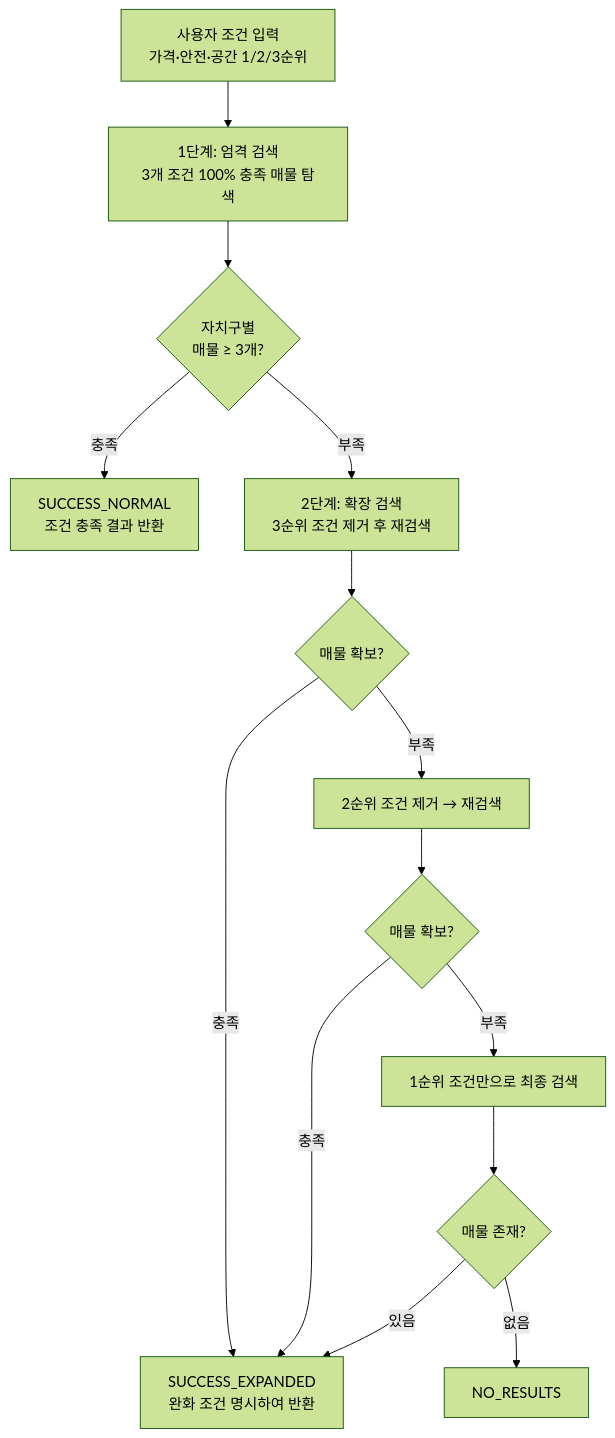
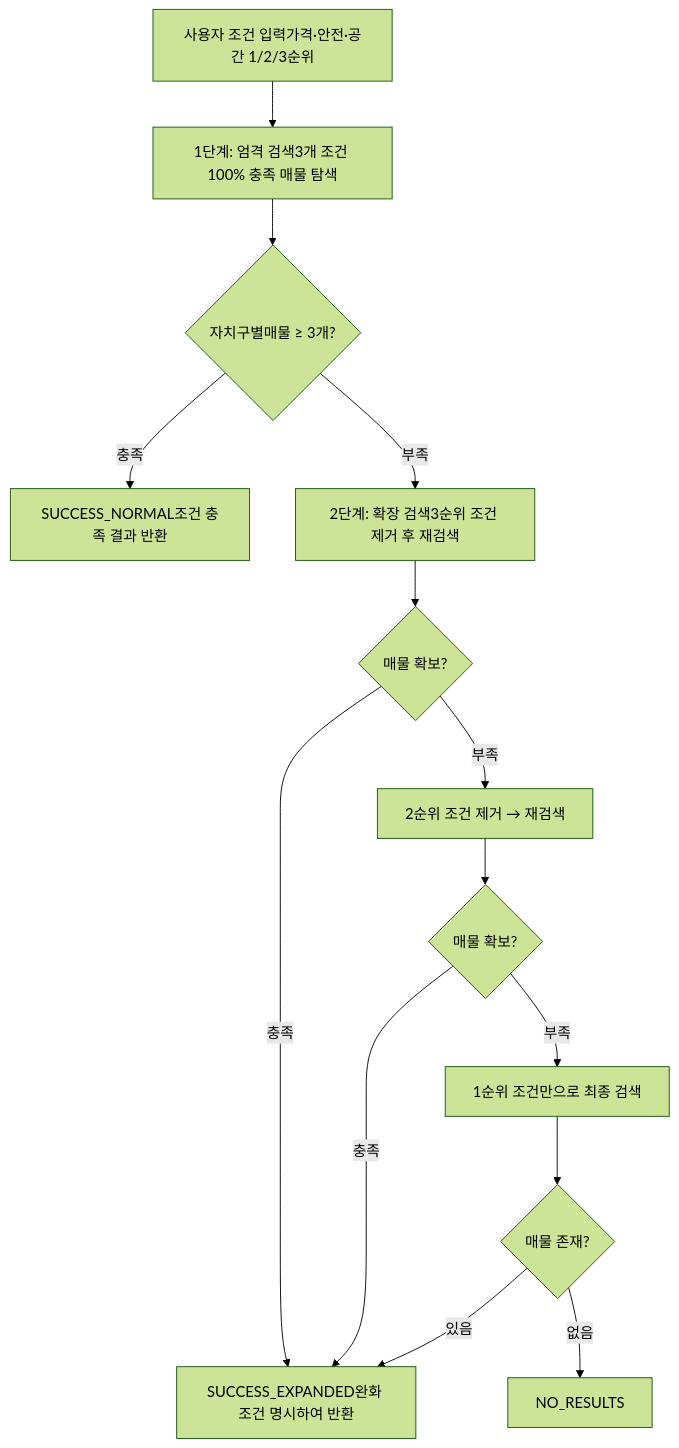
The second of 4 diagrams in README.md (bumjinDev/wherehouse_SpringBoot), drawn with Mermaid (forest theme) before and after one commit. The commit also changed other lines of this file and 5 other files, not shown here.

````diff
--- a/README.md
+++ b/README.md
@@ -179,16 +277,16 @@
 ```mermaid
 flowchart TD
-    A[사용자 조건 입력<br/>가격·안전·공간 1/2/3순위] --> B[1단계: 엄격 검색<br/>3개 조건 100% 충족 매물 탐색]
-    B --> C{자치구별<br/>매물 ≥ 3개?}
-    C -- 충족 --> D[SUCCESS_NORMAL<br/>조건 충족 결과 반환]
-    C -- 부족 --> E[2단계: 확장 검색<br/>3순위 조건 제거 후 재검색]
+    A[사용자 조건 입력가격·안전·공간 1/2/3순위] --> B[1단계: 엄격 검색3개 조건 100% 충족 매물 탐색]
+    B --> C{자치구별매물 ≥ 3개?}
+    C -- 충족 --> D[SUCCESS_NORMAL조건 충족 결과 반환]
+    C -- 부족 --> E[2단계: 확장 검색3순위 조건 제거 후 재검색]
     E --> F{매물 확보?}
-    F -- 충족 --> G[SUCCESS_EXPANDED<br/>완화 조건 명시하여 반환]
+    F -- 충족 --> G[SUCCESS_EXPANDED완화 조건 명시하여 반환]
     F -- 부족 --> H[2순위 조건 제거 → 재검색]
     H --> I{매물 확보?}
     I -- 충족 --> G
     I -- 부족 --> J[1순위 조건만으로 최종 검색]
     J --> K{매물 존재?}
     K -- 있음 --> G
     K -- 없음 --> L[NO_RESULTS]
 ```
````
